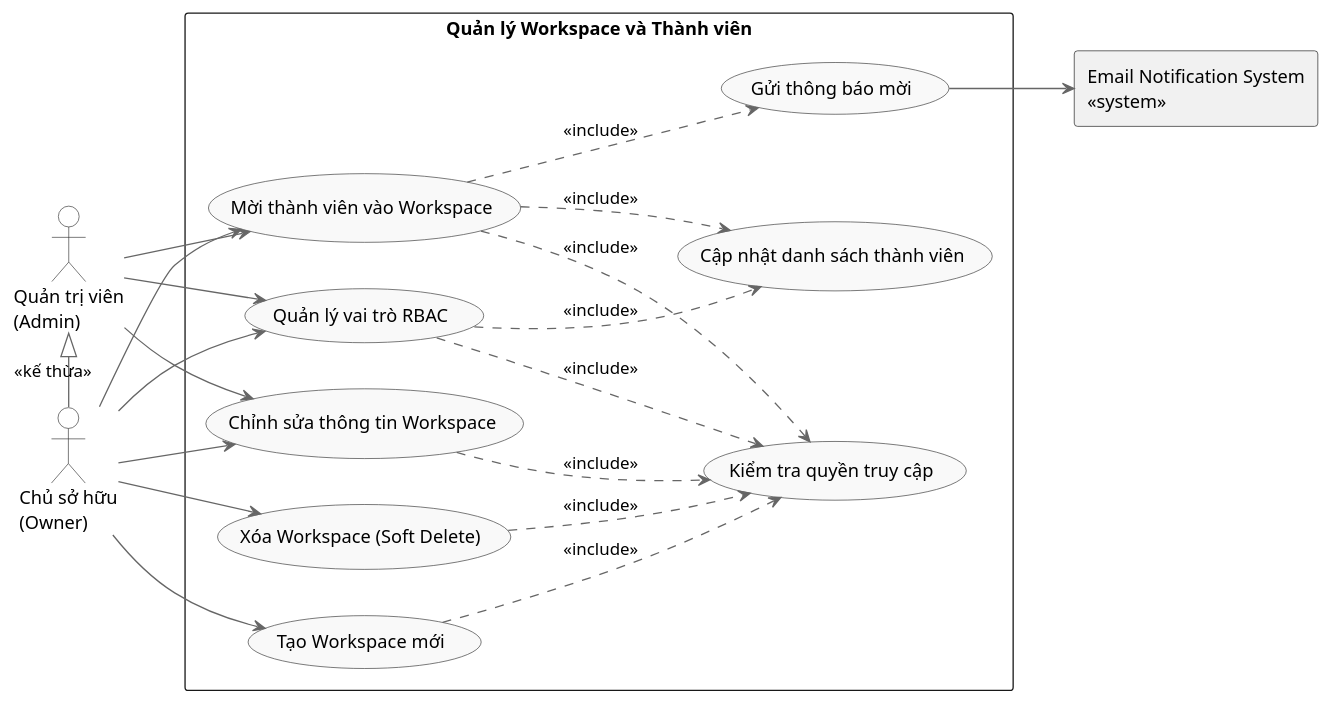
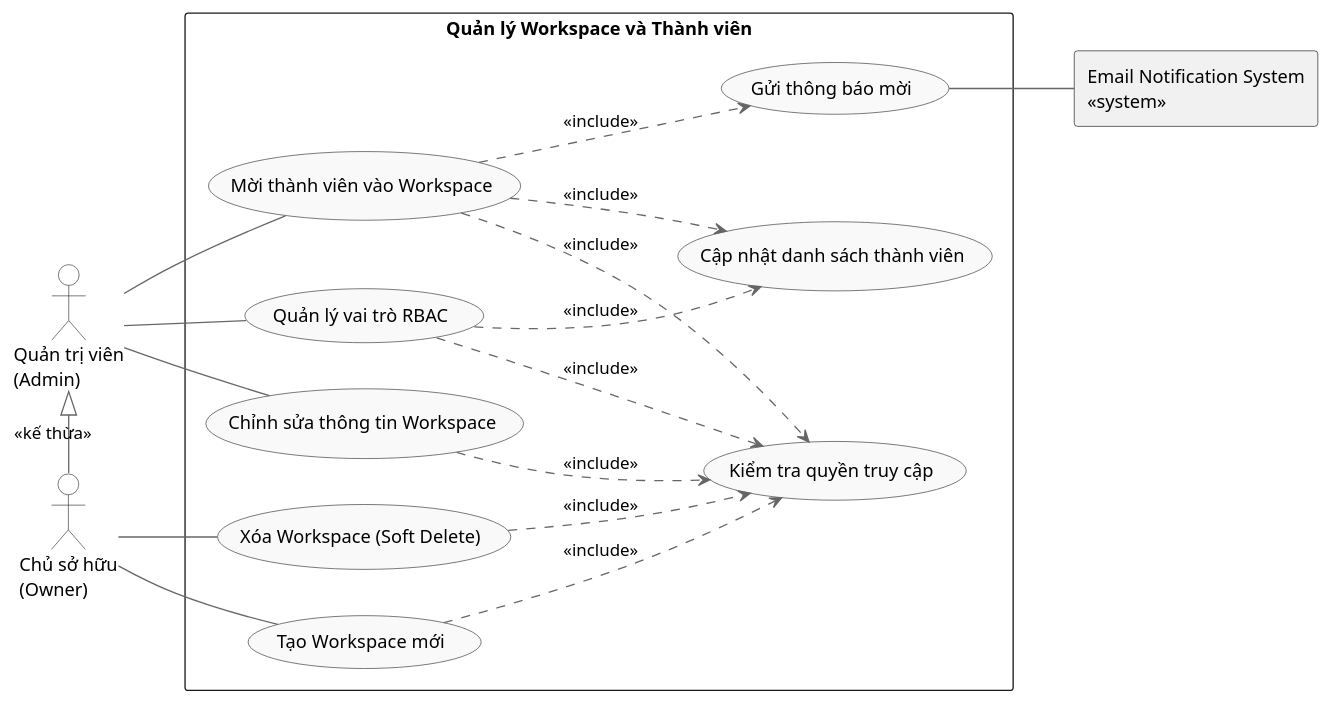
One commit to CongDanhIT/project-management-system-teamwork changed the diagram in tài liệu phân tích giai đoạn cuối/Function_WorkspaceManagement.puml. Above: the diagram before and after it, drawn with PlantUML. The commit also changed 69 other files, not shown here.

```diff
--- a/tài liệu phân tích giai đoạn cuối/Function_WorkspaceManagement.puml
+++ b/tài liệu phân tích giai đoạn cuối/Function_WorkspaceManagement.puml
@@ -1,53 +1,52 @@
 @startuml
 left to right direction
 skinparam packageStyle rectangle
 skinparam usecase {
     BackgroundColor #f9f9f9
     BorderColor #333333
     ArrowColor #666666
 }
 skinparam actor {
     BackgroundColor #ffffff
     BorderColor #333333
 }
 
 actor "Chủ sở hữu\n(Owner)" as Owner
 actor "Quản trị viên\n(Admin)" as Admin
 rectangle "Email Notification System\n<<system>>" as EmailSystem
 
 Owner -left-|> Admin : "<<kế thừa>>"
 
 rectangle "Quản lý Workspace và Thành viên" {
     usecase "Tạo Workspace mới" as UC_CreateWS
     usecase "Chỉnh sửa thông tin Workspace" as UC_UpdateWS
     usecase "Xóa Workspace (Soft Delete)" as UC_DeleteWS
     usecase "Mời thành viên vào Workspace" as UC_InviteMember
     usecase "Quản lý vai trò RBAC" as UC_ManageRole
     usecase "Kiểm tra quyền truy cập" as UC_CheckPermission
     usecase "Gửi thông báo mời" as UC_SendInvitation
     usecase "Cập nhật danh sách thành viên" as UC_UpdateMemberList
 }
 
-Owner --> UC_CreateWS
-Owner --> UC_UpdateWS
-Owner --> UC_DeleteWS
-Owner --> UC_InviteMember
-Owner --> UC_ManageRole
+' Owner kế thừa Admin, nên chỉ cần nối với các chức năng ĐỘC QUYỀN của Owner
+Owner -- UC_CreateWS
+Owner -- UC_DeleteWS
 
-Admin --> UC_UpdateWS
-Admin --> UC_InviteMember
-Admin --> UC_ManageRole
+' Admin có các chức năng quản lý, Member không có quyền gì trong phân hệ này
+Admin -- UC_UpdateWS
+Admin -- UC_InviteMember
+Admin -- UC_ManageRole
 
 UC_CreateWS ..> UC_CheckPermission : "<<include>>"
 UC_UpdateWS ..> UC_CheckPermission : "<<include>>"
 UC_DeleteWS ..> UC_CheckPermission : "<<include>>"
 UC_InviteMember ..> UC_CheckPermission : "<<include>>"
 UC_ManageRole ..> UC_CheckPermission : "<<include>>"
 
 UC_InviteMember ..> UC_SendInvitation : "<<include>>"
 UC_InviteMember ..> UC_UpdateMemberList : "<<include>>"
 UC_ManageRole ..> UC_UpdateMemberList : "<<include>>"
 
-UC_SendInvitation --> EmailSystem
+UC_SendInvitation -- EmailSystem
 
 @enduml
```
